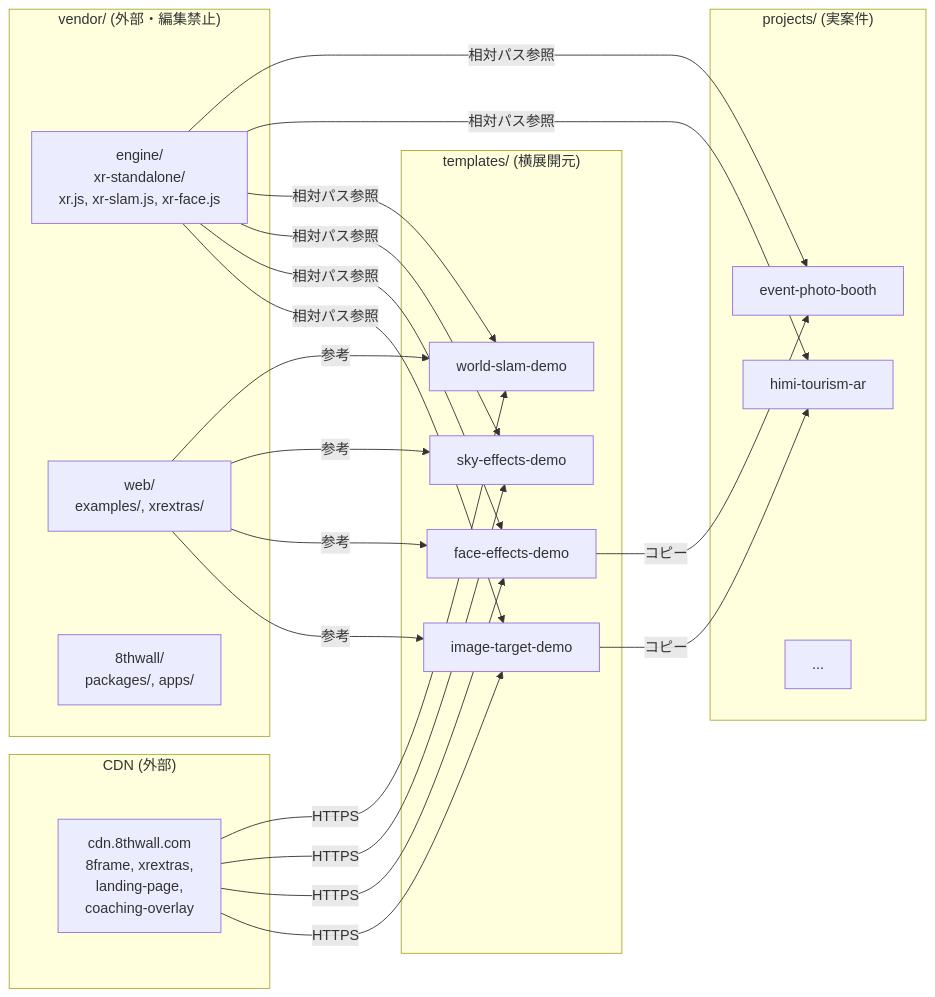
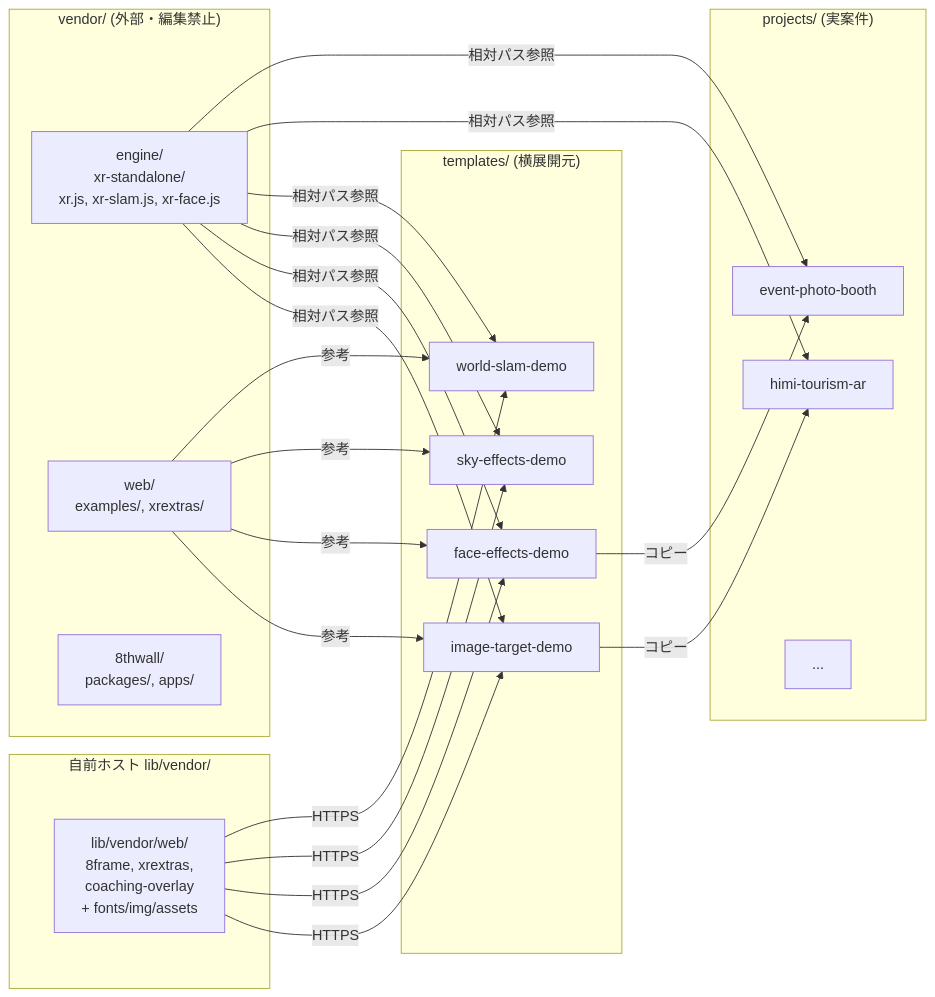
The second of 6 diagrams in docs/architecture.md (nao-matsunami/xr-ar-lab), drawn with Mermaid before and after one commit. The commit also changed other lines of this file and 106 other files, not shown here.

First line of the commit message:
Vendor xrextras/8frame/landing-page locally, drop cdn.8thwall.com script tags

````diff
--- a/docs/architecture.md
+++ b/docs/architecture.md
@@ -33,45 +33,45 @@
 ```mermaid
 graph LR
     subgraph "vendor/ (外部・編集禁止)"
         ENGINE[engine/<br>xr-standalone/<br>xr.js, xr-slam.js, xr-face.js]
         WEB[web/<br>examples/, xrextras/]
         OSS[8thwall/<br>packages/, apps/]
     end
 
     subgraph "templates/ (横展開元)"
         IT[image-target-demo]
         FE[face-effects-demo]
         SE[sky-effects-demo]
         WS[world-slam-demo]
     end
 
     subgraph "projects/ (実案件)"
         P1[himi-tourism-ar]
         P2[event-photo-booth]
         P3[...]
     end
 
-    subgraph "CDN (外部)"
-        CDN1[cdn.8thwall.com<br>8frame, xrextras,<br>landing-page,<br>coaching-overlay]
+    subgraph "自前ホスト lib/vendor/"
+        CDN1[lib/vendor/web/<br>8frame, xrextras,<br>coaching-overlay<br>+ fonts/img/assets]
     end
 
     WEB -->|参考| IT
     WEB -->|参考| FE
     WEB -->|参考| SE
     WEB -->|参考| WS
 
     IT -->|コピー| P1
     FE -->|コピー| P2
 
     ENGINE -->|相対パス参照| IT
     ENGINE -->|相対パス参照| FE
     ENGINE -->|相対パス参照| SE
     ENGINE -->|相対パス参照| WS
     ENGINE -->|相対パス参照| P1
     ENGINE -->|相対パス参照| P2
 
     CDN1 -->|HTTPS| IT
     CDN1 -->|HTTPS| FE
     CDN1 -->|HTTPS| SE
     CDN1 -->|HTTPS| WS
 ```
````
